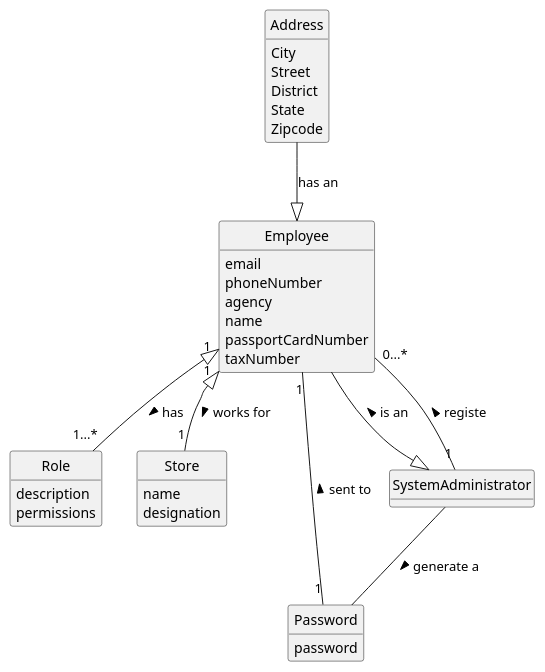
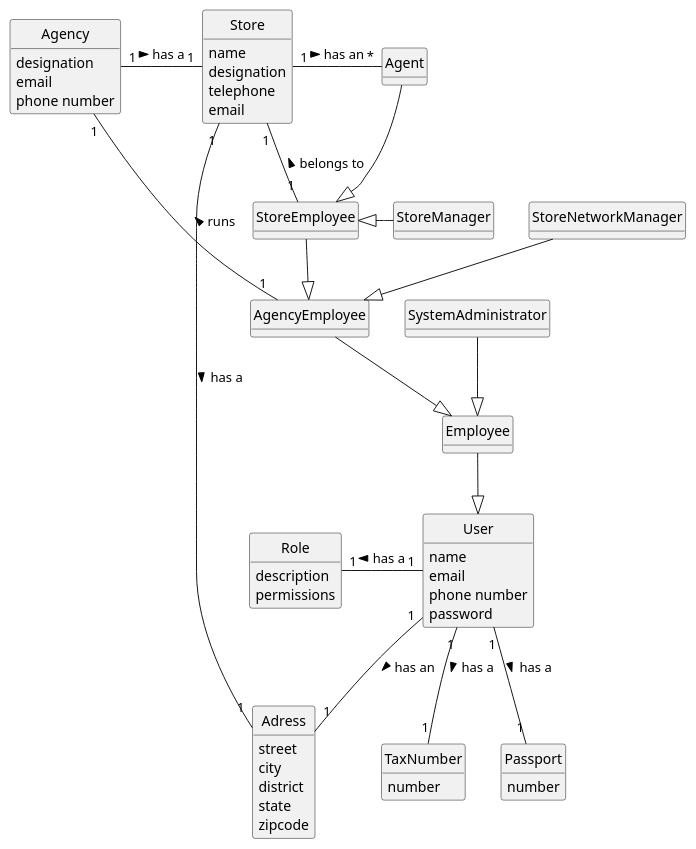
Before and after one commit to 1220812/LAPR2: the diagram in docs/sprintB/us003/02.analysis/puml/us003-domain-model.puml, drawn with PlantUML. The commit also changed 1 other file, not shown here.

```diff
--- a/docs/sprintB/us003/02.analysis/puml/us003-domain-model.puml
+++ b/docs/sprintB/us003/02.analysis/puml/us003-domain-model.puml
@@ -1,54 +1,82 @@
 @startuml
 skinparam monochrome true
 skinparam packageStyle rectangle
 skinparam shadowing false
-'skinparam linetype ortho
-'left to right direction
+
 skinparam classAttributeIconSize 0
+
 hide circle
 hide methods
 
+class User {
+name
+email
+phone number
+password
+}
+class Passport {
+number
+}
+class TaxNumber {
+number
+}
+class Adress {
+street
+city
+district
+state
+zipcode
+}
 
+class Agency {
+designation
+email
+phone number
+}
+class Agent {
+}
+
+class Store {
+name
+designation
+telephone
+email
+}
+class Role {
+description
+permissions
+}
+class SystemAdministrator {
+}
+class StoreManager {
+}
+class StoreNetworkManager {
+}
 class Employee {
-    email
-    phoneNumber
-    agency
-    name
-    passportCardNumber
-    taxNumber
 
 }
-
-class Address {
-    City
-    Street
-    District
-    State
-    Zipcode
+class StoreEmployee {
 }
 
-class Role{
-    description
-    permissions
+class AgencyEmployee {
 }
 
-class Store{
-    name
-    designation
-    }
+User "1" -- "1" Passport: has a >
+User "1" -- "1" TaxNumber: has a >
+User "1" -- "1" Adress: has an >
+User "1" -left- "1" Role: has a >
+Agency "1" -right- "1" Store: has a >
+SystemAdministrator  --|> Employee
+Agent  --|>   StoreEmployee
+StoreManager  --left|> StoreEmployee
 
+AgencyEmployee "1" -left- "1" Agency: runs >
+StoreEmployee "1" -right- "1" Store: belongs to >
+Agent "*" -left- "1" Store : has an <
+StoreNetworkManager --|> AgencyEmployee
+Employee --|> User
+AgencyEmployee --|> Employee
+StoreEmployee --|> AgencyEmployee
 
-class Password {
-    password
-}
-
-Address --|> Employee: has an
-SystemAdministrator "1"--"0...*" Employee: registe >
-Employee --|> SystemAdministrator: is an <
-Employee "1"--"1" Password: sent to <
-Employee "1"<|--"1" Store: works for >
-Employee "1"<|--"1...*" Role: has >
-SystemAdministrator -- Password: generate a >
-
-
+Store "1" -- "1" Adress: has a >
 @enduml
```
